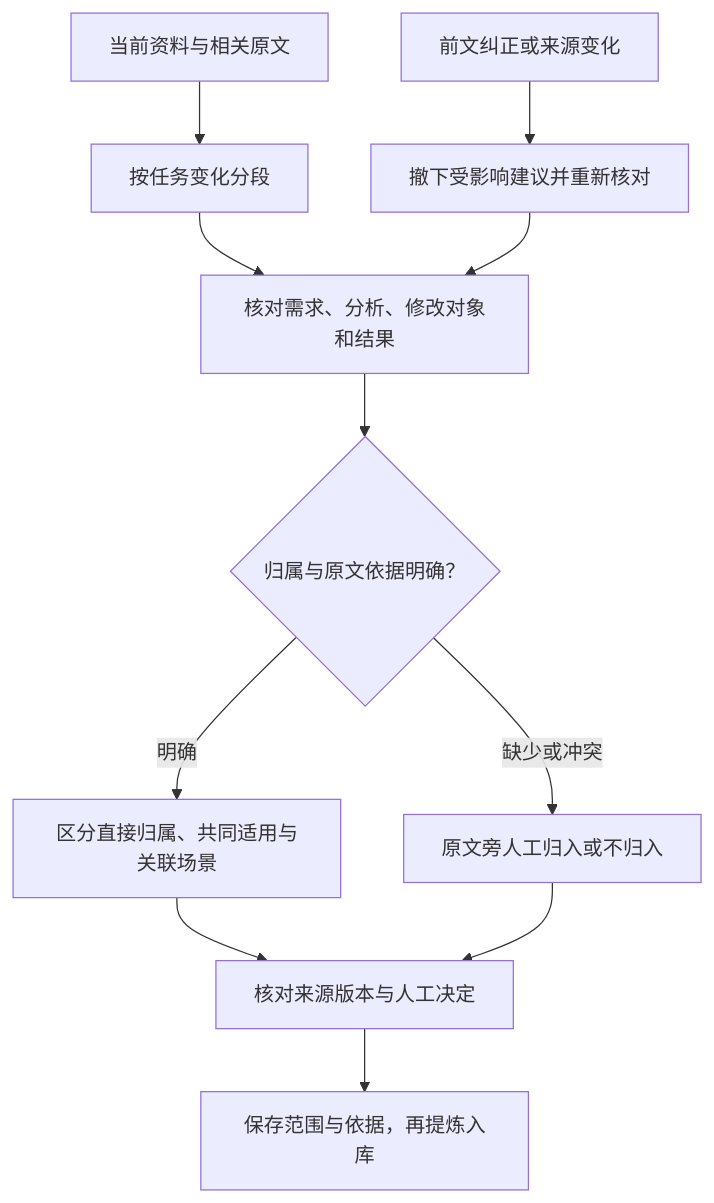
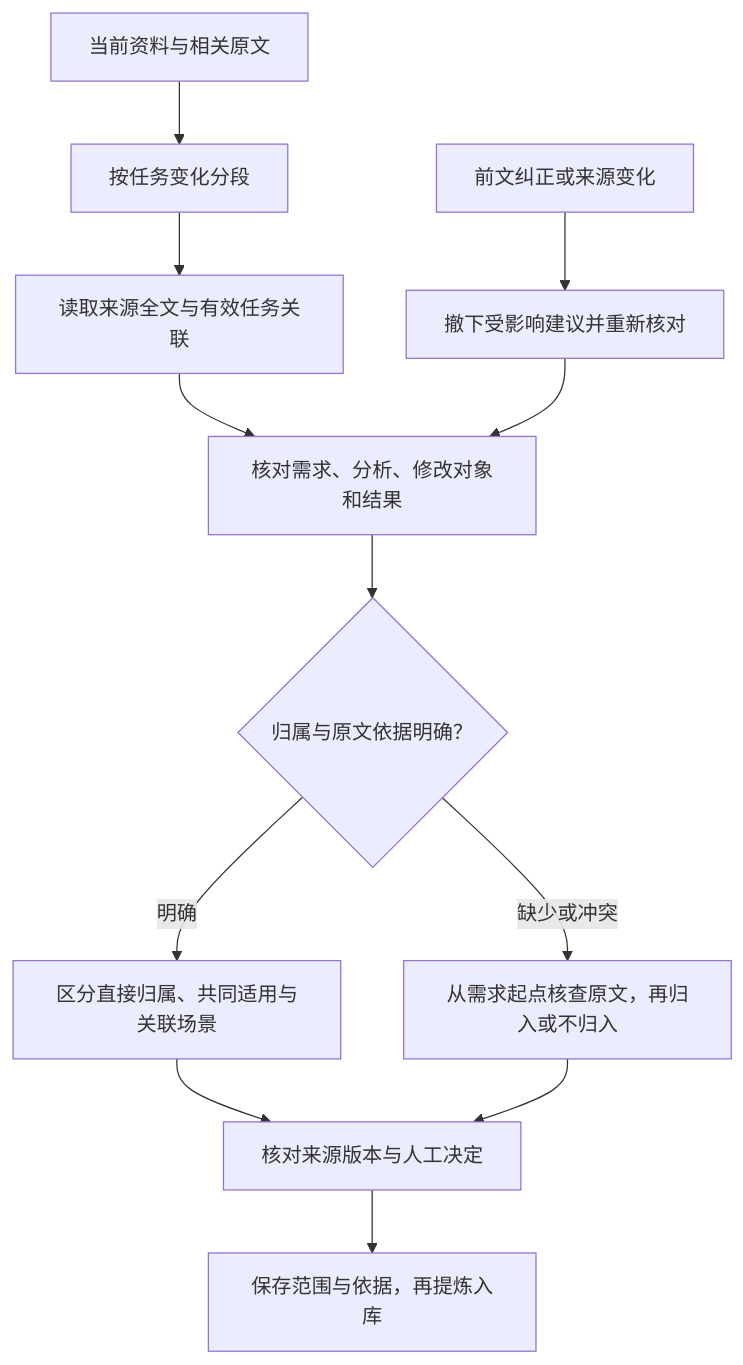
One commit to 1942293420/Evolvmem_MCP changed the third of 3 diagrams in docs/context-core.md. Above: the diagram before and after it, drawn with Mermaid. The commit also changed other lines of this file and 13 other files, not shown here.

````diff
--- a/docs/context-core.md
+++ b/docs/context-core.md
@@ -229,13 +234,14 @@
 ```mermaid
 flowchart TD
   A[当前资料与相关原文] --> B[按任务变化分段]
-  B --> C[核对需求、分析、修改对象和结果]
+  B --> K[读取来源全文与有效任务关联]
+  K --> C[核对需求、分析、修改对象和结果]
   C --> D{归属与原文依据明确？}
   D -->|明确| E[区分直接归属、共同适用与关联场景]
-  D -->|缺少或冲突| F[原文旁人工归入或不归入]
+  D -->|缺少或冲突| F[从需求起点核查原文，再归入或不归入]
   E --> G[核对来源版本与人工决定]
   F --> G
   G --> H[保存范围与依据，再提炼入库]
   I[前文纠正或来源变化] --> J[撤下受影响建议并重新核对]
   J --> C
 ```
````
